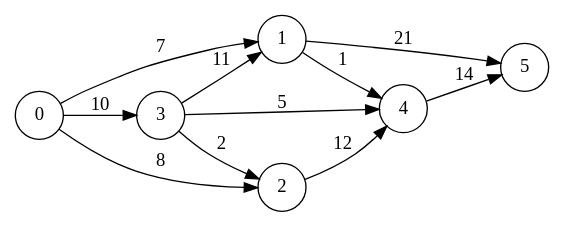
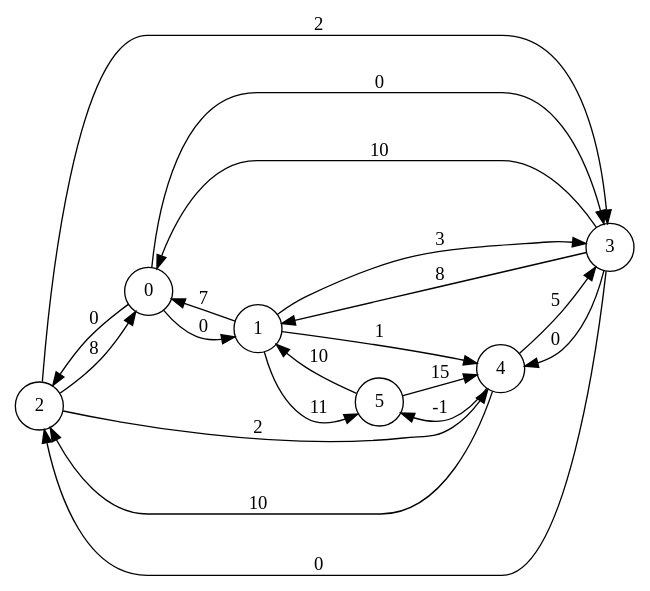
The diagram in testv1.dot (iattach/ocaml-graphe), drawn with Graphviz before and after one commit. The commit also changed 12 other files, not shown here.

```diff
--- a/testv1.dot
+++ b/testv1.dot
@@ -1,15 +1,23 @@
 digraph finite_state_machine {
 rankdir=LR; 
-size="6,3" 
 node [shape = circle];
-4 -> 5 [ label = "14" ];
-1 -> 5 [ label = "21" ];
+2 -> 0 [ label = "8" ];
+2 -> 3 [ label = "2" ];
+2 -> 4 [ label = "2" ];
+4 -> 3 [ label = "5" ];
+4 -> 2 [ label = "10" ];
+4 -> 5 [ label = "-1" ];
+3 -> 4 [ label = "0" ];
+3 -> 2 [ label = "0" ];
+3 -> 0 [ label = "10" ];
+3 -> 1 [ label = "8" ];
+0 -> 2 [ label = "0" ];
+0 -> 3 [ label = "0" ];
+0 -> 1 [ label = "0" ];
 1 -> 4 [ label = "1" ];
-3 -> 1 [ label = "11" ];
-3 -> 2 [ label = "2" ];
-3 -> 4 [ label = "5" ];
-2 -> 4 [ label = "12" ];
-0 -> 1 [ label = "7" ];
-0 -> 3 [ label = "10" ];
-0 -> 2 [ label = "8" ];
+1 -> 3 [ label = "3" ];
+1 -> 0 [ label = "7" ];
+1 -> 5 [ label = "11" ];
+5 -> 4 [ label = "15" ];
+5 -> 1 [ label = "10" ];
 }
```
